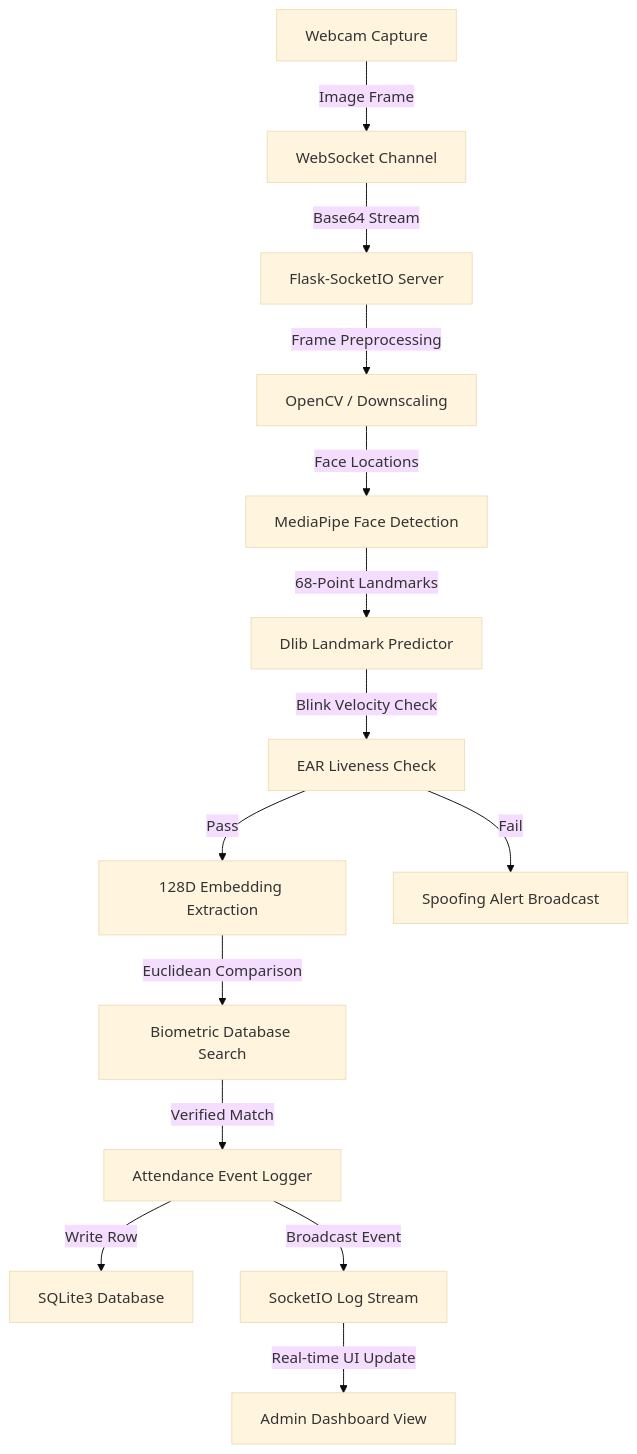
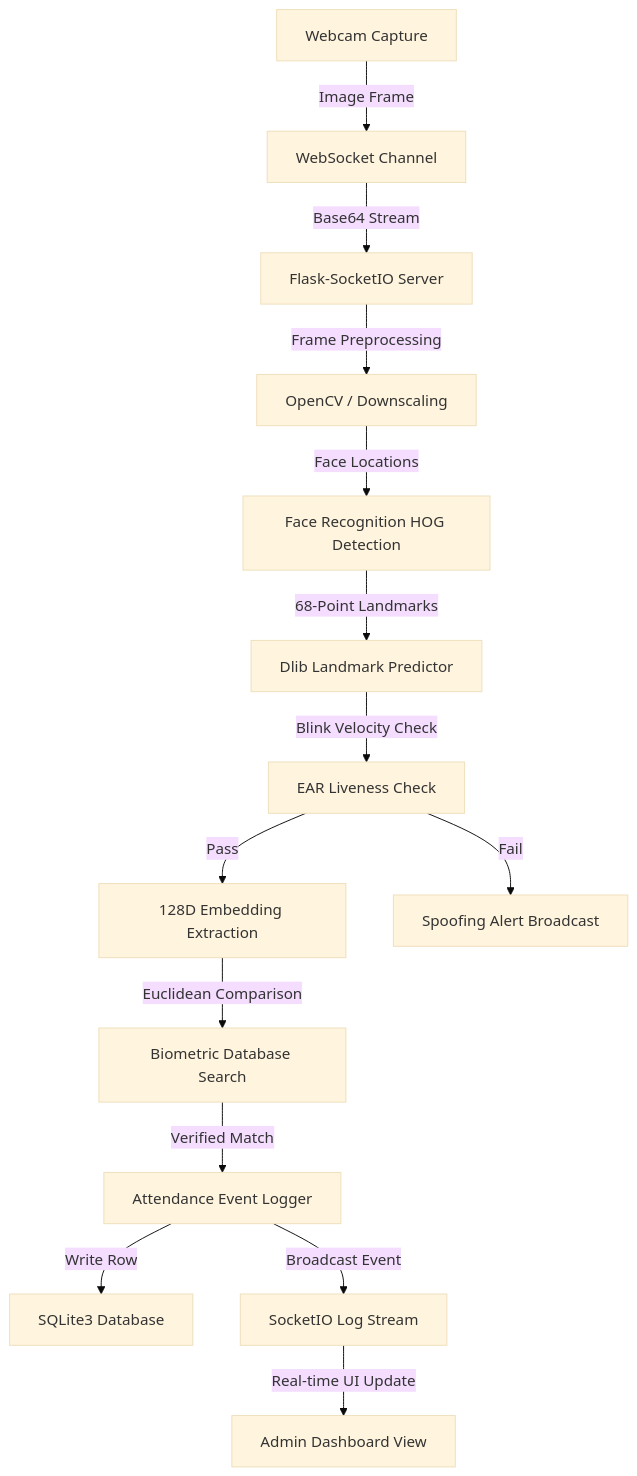
One commit to Anmol756/Advance-python-face-detecton-system changed the diagram in documentation.md. Above: the diagram before and after it, drawn with Mermaid (base theme). The commit also changed other lines of this file and 11 other files, not shown here.

````diff
--- a/documentation.md
+++ b/documentation.md
@@ -46,16 +46,16 @@
 ```mermaid
 graph TD
     A[Webcam Capture] -->|Image Frame| B[WebSocket Channel]
     B -->|Base64 Stream| C[Flask-SocketIO Server]
     C -->|Frame Preprocessing| D[OpenCV / Downscaling]
-    D -->|Face Locations| E[MediaPipe Face Detection]
+    D -->|Face Locations| E[Face Recognition HOG Detection]
     E -->|68-Point Landmarks| F[Dlib Landmark Predictor]
     F -->|Blink Velocity Check| G[EAR Liveness Check]
     G -->|Pass| H[128D Embedding Extraction]
     G -->|Fail| I[Spoofing Alert Broadcast]
     H -->|Euclidean Comparison| J[Biometric Database Search]
     J -->|Verified Match| K[Attendance Event Logger]
     K -->|Write Row| L[SQLite3 Database]
     K -->|Broadcast Event| M[SocketIO Log Stream]
     M -->|Real-time UI Update| N[Admin Dashboard View]
 ```
````
